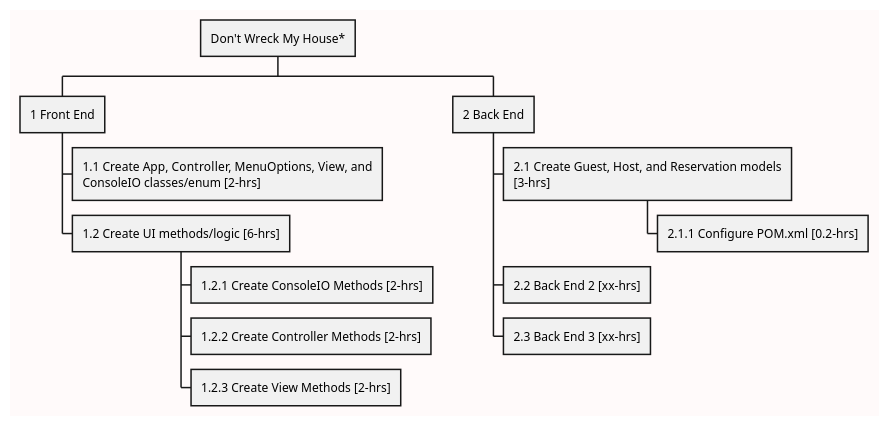
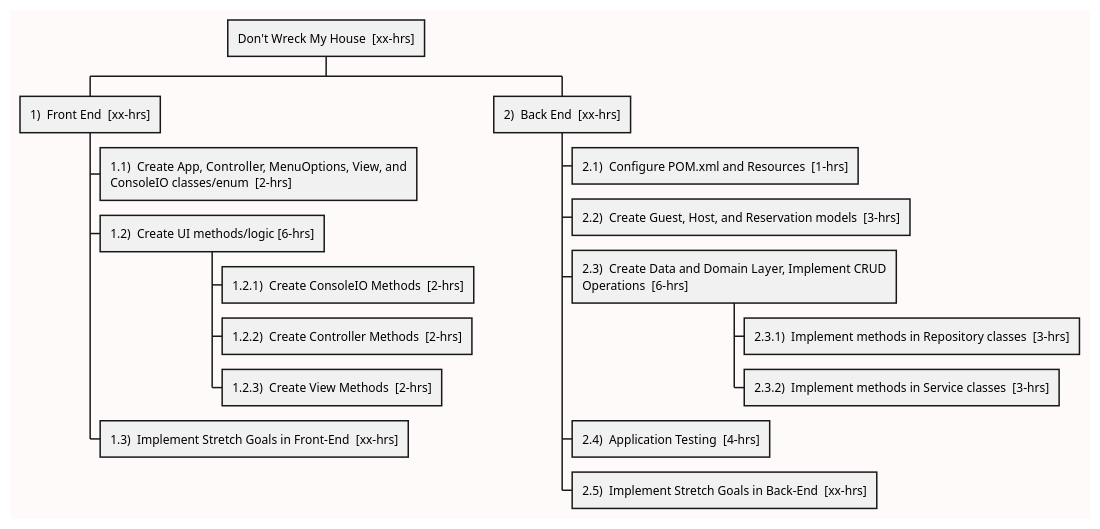
Before and after one commit to Miro-Stojanovic97/mirostoj-exercises-assessments: the second of 3 diagrams in week-05/DontWreckMyHouse/README.md, drawn with PlantUML. The commit also changed other lines of this file and 11 other files, not shown here.

Commit message:
updating domain and data layers

````diff
--- a/week-05/DontWreckMyHouse/README.md
+++ b/week-05/DontWreckMyHouse/README.md
@@ -172,24 +172,28 @@
 ```plantuml
 @startwbs
 skinparam linetype poly
 skinparam backgroundColor snow
 
 <style>
 node {
-MaximumWidth 300
+MaximumWidth 350
 }
 </style>
-* Don't Wreck My House*
-** 1 Front End
-*** 1.1 Create App, Controller, MenuOptions, View, and ConsoleIO classes/enum [2-hrs]
-*** 1.2 Create UI methods/logic [6-hrs]
-**** 1.2.1 Create ConsoleIO Methods [2-hrs]
-**** 1.2.2 Create Controller Methods [2-hrs]
-**** 1.2.3 Create View Methods [2-hrs]
-** 2 Back End
-*** 2.1 Create Guest, Host, and Reservation models [3-hrs]
-**** 2.1.1 Configure POM.xml [0.2-hrs]
-*** 2.2 Back End 2 [xx-hrs]
-*** 2.3 Back End 3 [xx-hrs]
+* Don't Wreck My House  [xx-hrs]
+** 1)  Front End  [xx-hrs]
+*** 1.1)  Create App, Controller, MenuOptions, View, and ConsoleIO classes/enum  [2-hrs]
+*** 1.2)  Create UI methods/logic [6-hrs]
+**** 1.2.1)  Create ConsoleIO Methods  [2-hrs]
+**** 1.2.2)  Create Controller Methods  [2-hrs]
+**** 1.2.3)  Create View Methods  [2-hrs]
+*** 1.3)  Implement Stretch Goals in Front-End  [xx-hrs]
+** 2)  Back End  [xx-hrs]
+*** 2.1)  Configure POM.xml and Resources  [1-hrs]
+*** 2.2)  Create Guest, Host, and Reservation models  [3-hrs]
+*** 2.3)  Create Data and Domain Layer, Implement CRUD Operations  [6-hrs]
+**** 2.3.1)  Implement methods in Repository classes  [3-hrs]
+**** 2.3.2)  Implement methods in Service classes  [3-hrs]
+*** 2.4)  Application Testing  [4-hrs]
+*** 2.5)  Implement Stretch Goals in Back-End  [xx-hrs]
 @endwbs
 ```
````
